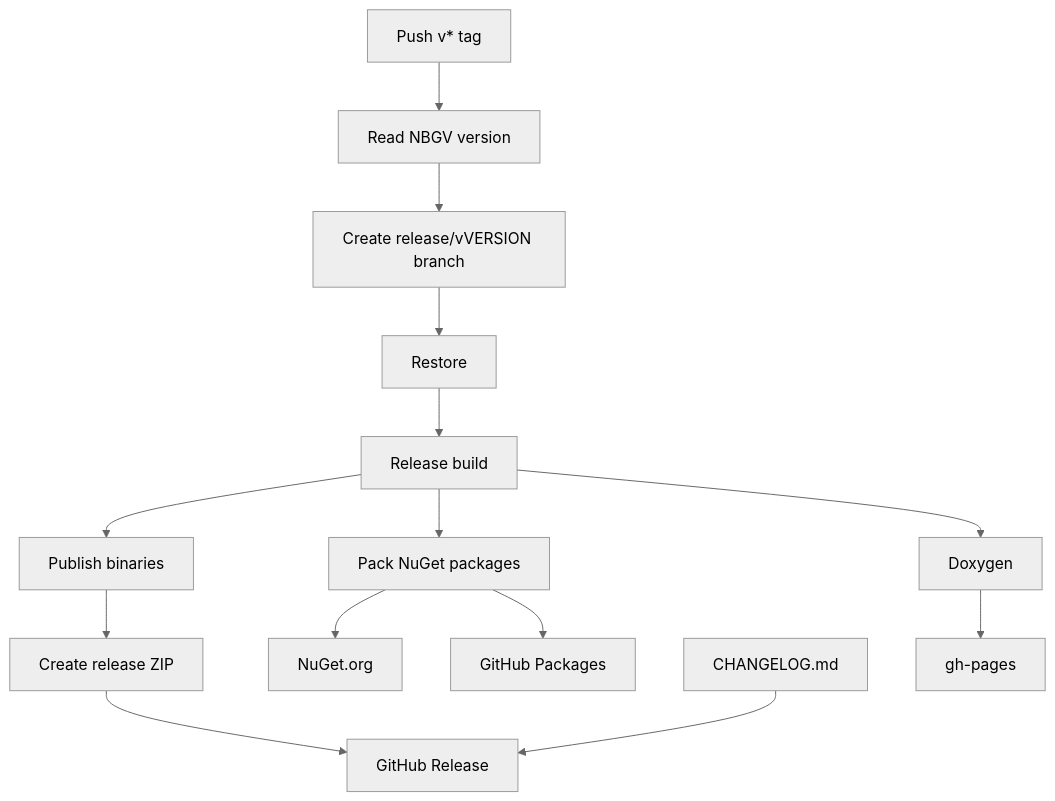
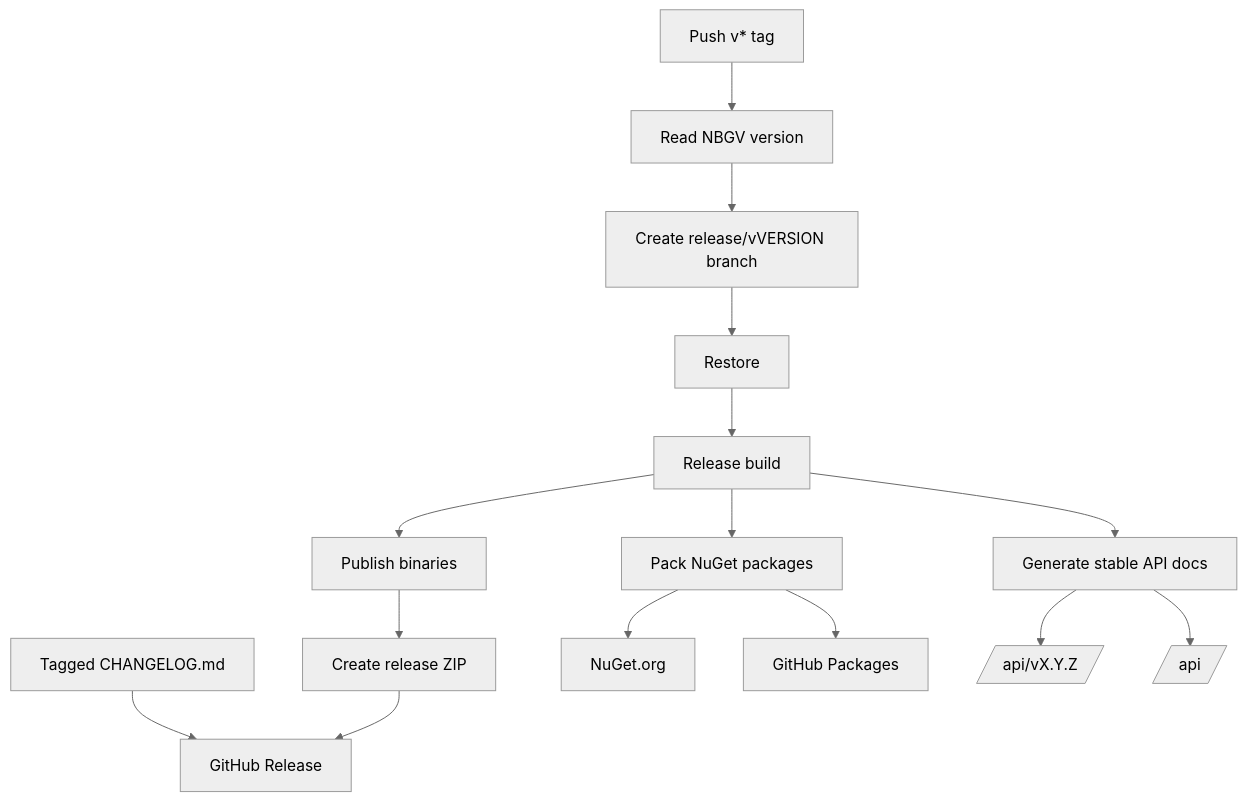
The third of 3 diagrams in docs/wiki/GitHub-Automation-and-Workflows.md (Isthimius/Gondwana), drawn with Mermaid (neutral theme) before and after one commit. The commit also changed other lines of this file, not shown here.

Commit message:
docs(wiki): refresh GitHub automation workflow guide

````diff
--- a/docs/wiki/GitHub-Automation-and-Workflows.md
+++ b/docs/wiki/GitHub-Automation-and-Workflows.md
@@ -1009,19 +1044,20 @@
 ```mermaid
 flowchart TD
     TAG[Push v* tag] --> VERSION[Read NBGV version]
     VERSION --> BRANCH[Create release/vVERSION branch]
     BRANCH --> RESTORE[Restore]
     RESTORE --> BUILD[Release build]
     BUILD --> PACK[Pack NuGet packages]
     BUILD --> PUBLISH[Publish binaries]
     PUBLISH --> ZIP[Create release ZIP]
 
+    CHANGELOG[Tagged CHANGELOG.md] --> GHREL[GitHub Release]
+    ZIP --> GHREL
+
     PACK --> NUGET[NuGet.org]
     PACK --> GHPKG[GitHub Packages]
 
-    ZIP --> GHREL[GitHub Release]
-    CHANGELOG[CHANGELOG.md] --> GHREL
-
-    BUILD --> DOXY[Doxygen]
-    DOXY --> PAGES[gh-pages]
+    BUILD --> DOXY[Generate stable API docs]
+    DOXY --> VERSIONED[/api/vX.Y.Z/]
+    DOXY --> STABLE[/api/]
 ```
````
